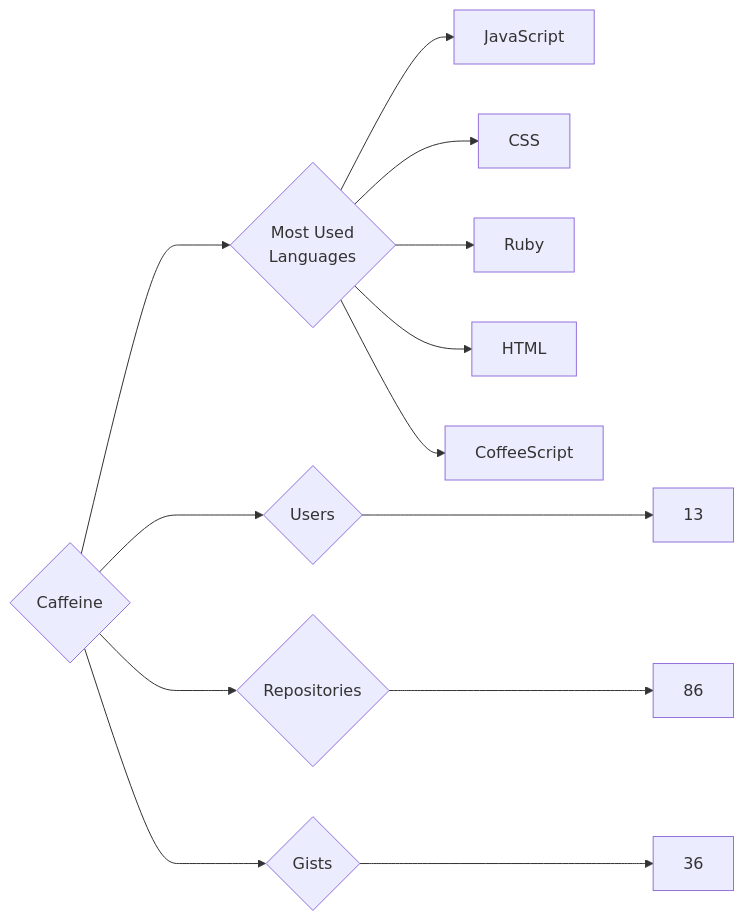
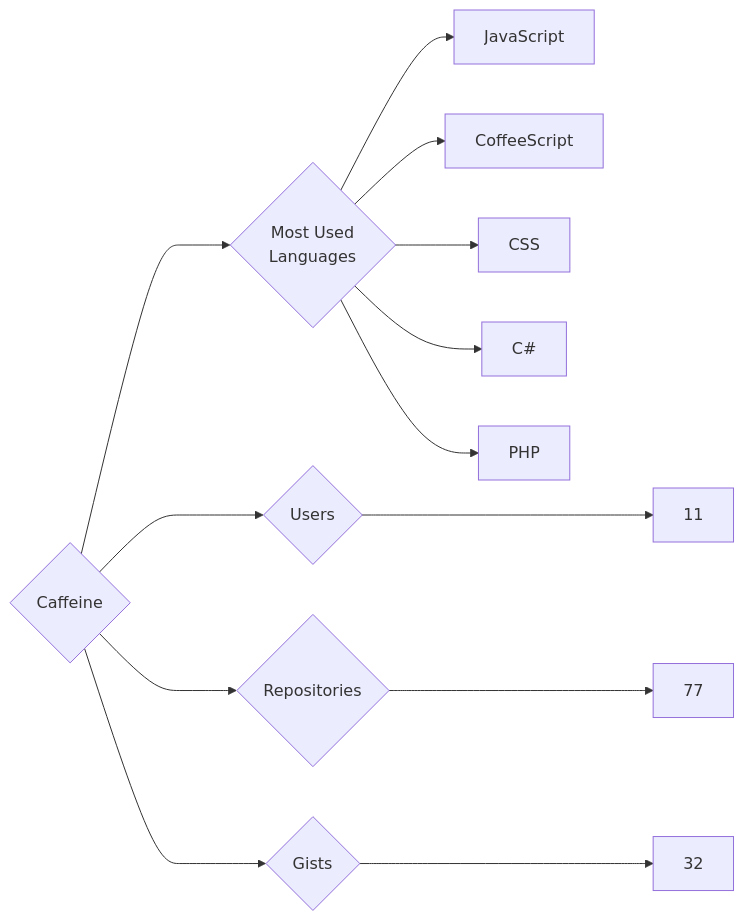
Before and after one commit to trickest/insiders: the diagram in targets/Caffeine/README.md, drawn with Mermaid. The commit also changed 870 other files, not shown here.

````diff
--- a/targets/Caffeine/README.md
+++ b/targets/Caffeine/README.md
@@ -3,13 +3,13 @@
 ```mermaid
 graph LR
 COMPANY_NAME{Caffeine}
-COMPANY_NAME ---> U{Users} ---> UN[13]
-COMPANY_NAME ---> R{Repositories} ---> RN[86]
-COMPANY_NAME ---> G{Gists} ---> GN[36]
+COMPANY_NAME ---> U{Users} ---> UN[11]
+COMPANY_NAME ---> R{Repositories} ---> RN[77]
+COMPANY_NAME ---> G{Gists} ---> GN[32]
 COMPANY_NAME ---> ML{Most Used<br>Languages}
 ML --> JavaScript[JavaScript]
+ML --> CoffeeScript[CoffeeScript]
 ML --> CSS[CSS]
-ML --> Ruby[Ruby]
-ML --> HTML[HTML]
-ML --> CoffeeScript[CoffeeScript]
+ML --> C#[C#]
+ML --> PHP[PHP]
 ```
````
